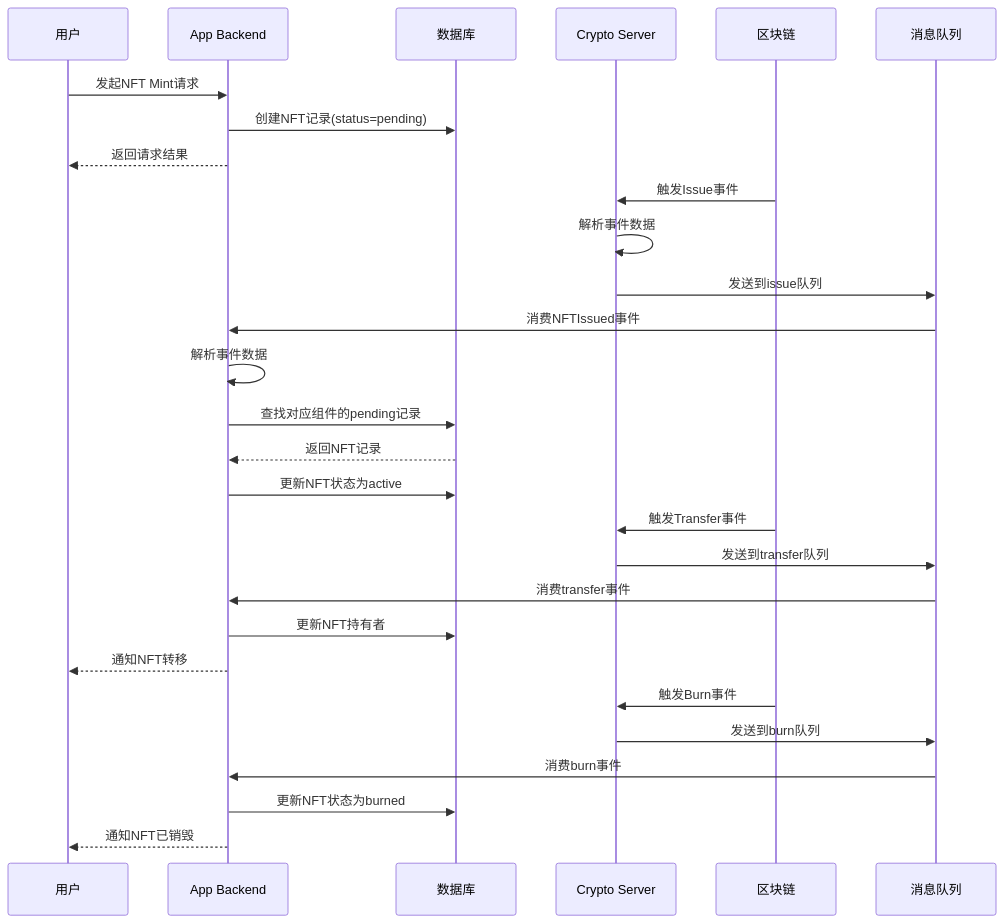
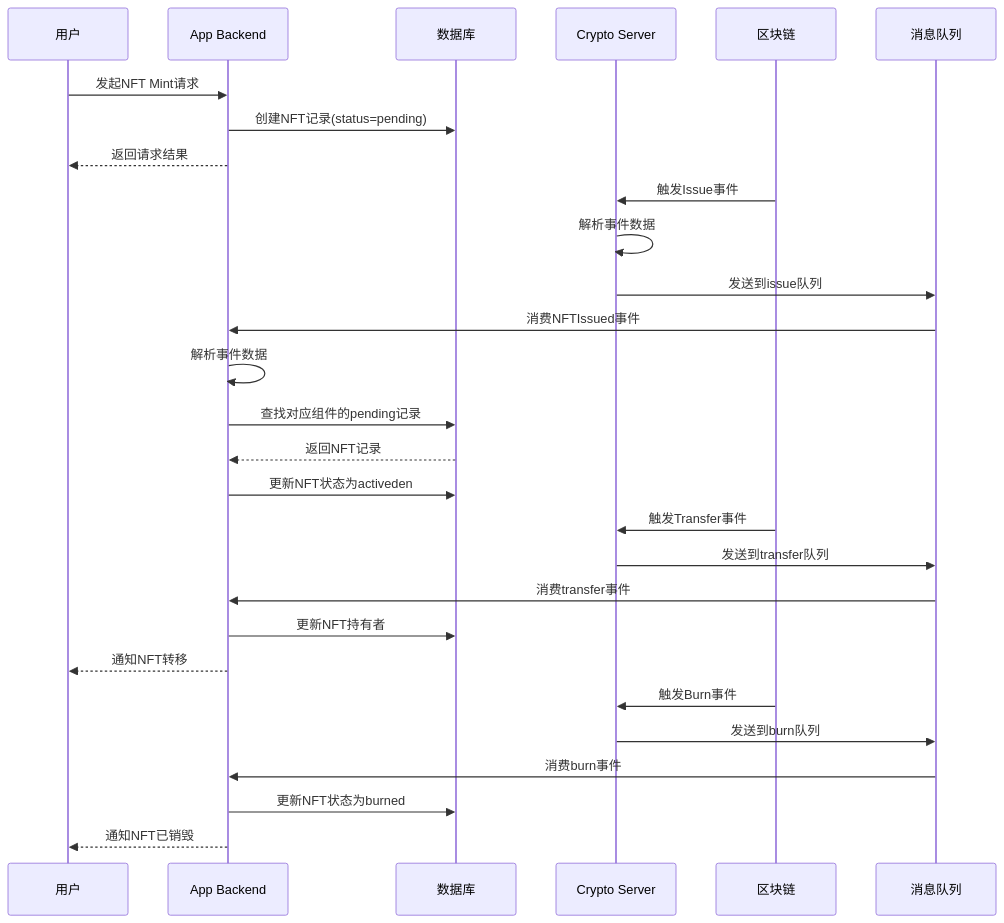
One commit to yingjianzh/iodraw-files changed the diagram in all/未命名-71.md. Above: the diagram before and after it, drawn with Mermaid.

Commit message:
2025-07-03 17:23:48 update

````diff
--- a/all/未命名-71.md
+++ b/all/未命名-71.md
@@ -1,40 +1,40 @@
 ```mermaid
 sequenceDiagram
     participant U as 用户
     participant AB as App Backend
     participant DB as 数据库
     participant CS as Crypto Server
     participant BC as 区块链
     participant MQ as 消息队列
     
     %% NFT Mint 流程
     U->>AB: 发起NFT Mint请求
     AB->>DB: 创建NFT记录(status=pending)
     AB-->>U: 返回请求结果
     
     %% 区块链事件监听
     BC->>CS: 触发Issue事件
     CS->>CS: 解析事件数据
     CS->>MQ: 发送到issue队列
     
     %% App Backend 处理
     MQ->>AB: 消费NFTIssued事件
     AB->>AB: 解析事件数据
     AB->>DB: 查找对应组件的pending记录
     DB-->>AB: 返回NFT记录
-    AB->>DB: 更新NFT状态为active
+    AB->>DB: 更新NFT状态为activeden
     
     %% Transfer 事件处理
     BC->>CS: 触发Transfer事件
     CS->>MQ: 发送到transfer队列
     MQ->>AB: 消费transfer事件
     AB->>DB: 更新NFT持有者
     AB-->>U: 通知NFT转移
     
     %% Burn 事件处理
     BC->>CS: 触发Burn事件
     CS->>MQ: 发送到burn队列
     MQ->>AB: 消费burn事件
     AB->>DB: 更新NFT状态为burned
     AB-->>U: 通知NFT已销毁
 ```
````
